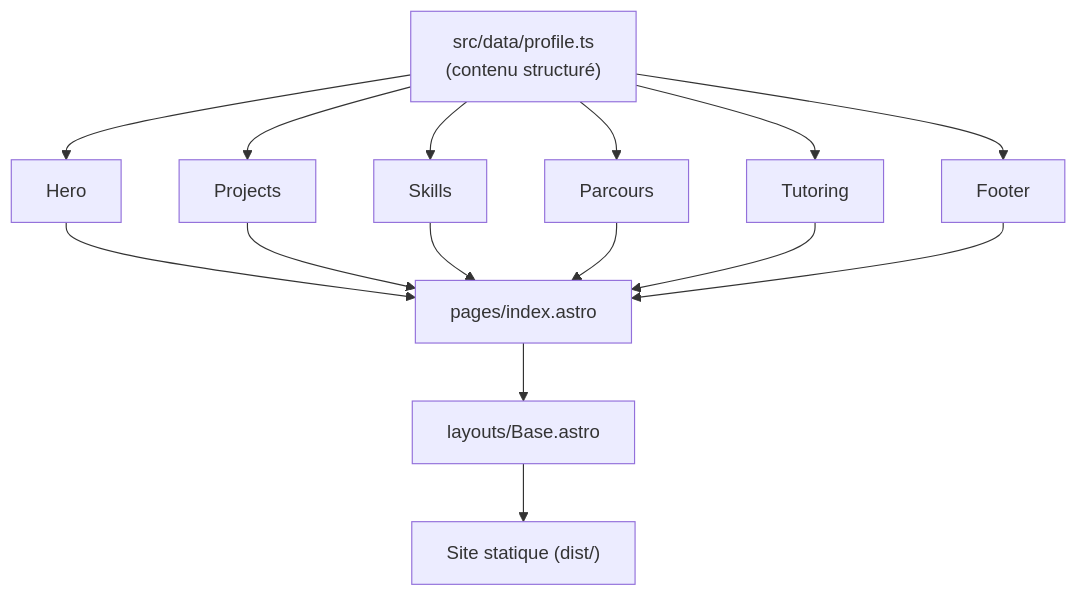
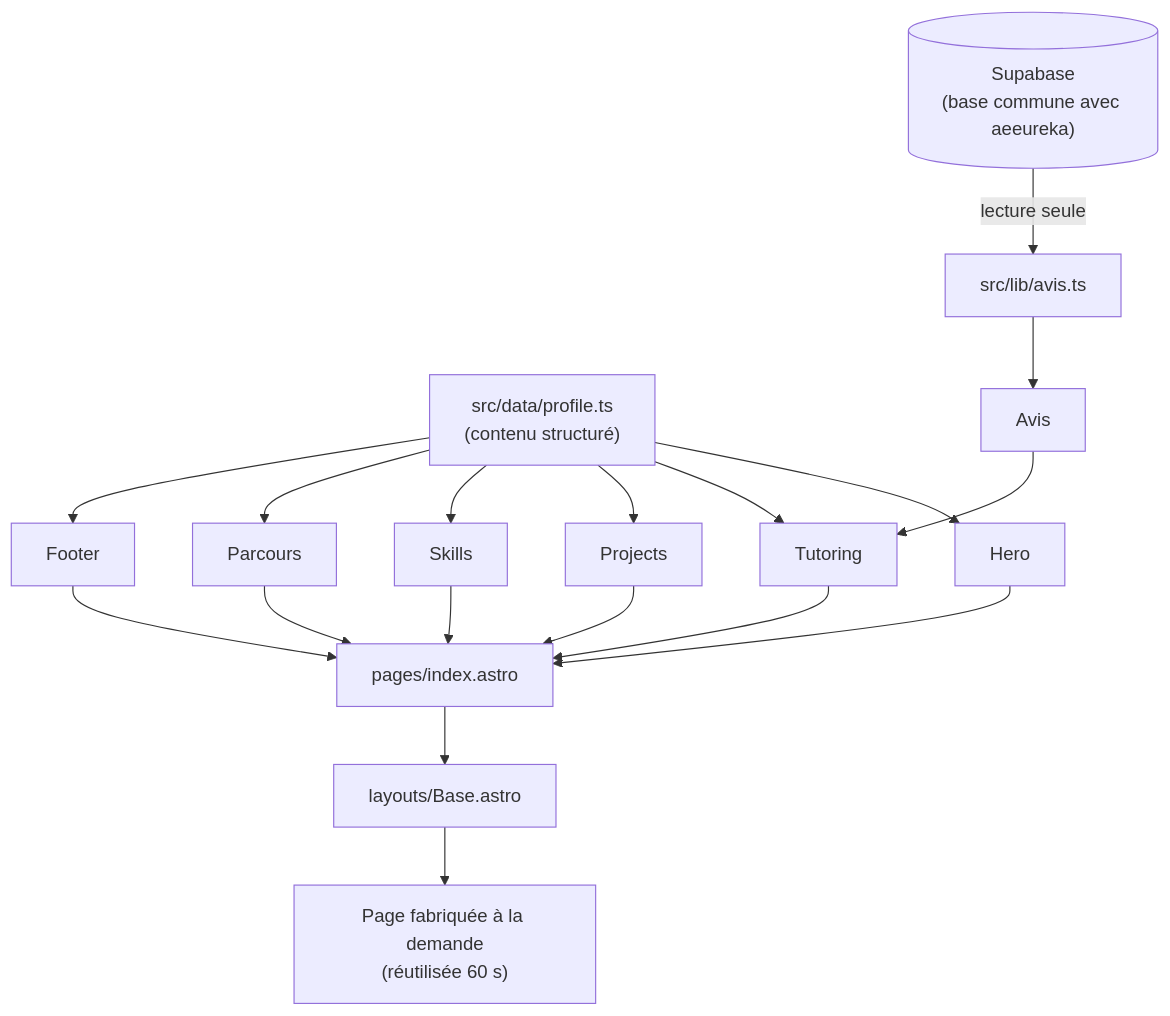
The first of 2 diagrams in docs/methodologie-et-workflow.md (landrykubwimana/portfolio), drawn with Mermaid before and after one commit. The commit also changed other lines of this file and 14 other files, not shown here.

Commit message:
Pont avec l'Académie Eurêka : liens de demande et d'avis, affichage des avis synchronisés

````diff
--- a/docs/methodologie-et-workflow.md
+++ b/docs/methodologie-et-workflow.md
@@ -62,17 +66,20 @@
 ```mermaid
 flowchart TD
     P["src/data/profile.ts<br/>(contenu structuré)"] --> C1[Hero]
+    P --> C5[Tutoring]
     P --> C2[Projects]
     P --> C3[Skills]
     P --> C4[Parcours]
-    P --> C5[Tutoring]
     P --> C6[Footer]
+    DB[("Supabase<br/>(base commune avec aeeureka)")] -->|lecture seule| LIB["src/lib/avis.ts"]
+    LIB --> AV[Avis]
+    AV --> C5
     C1 --> PG[pages/index.astro]
+    C5 --> PG
     C2 --> PG
     C3 --> PG
     C4 --> PG
-    C5 --> PG
     C6 --> PG
     PG --> L[layouts/Base.astro]
-    L --> OUT["Site statique (dist/)"]
+    L --> OUT["Page fabriquée à la demande<br/>(réutilisée 60 s)"]
 ```
````
